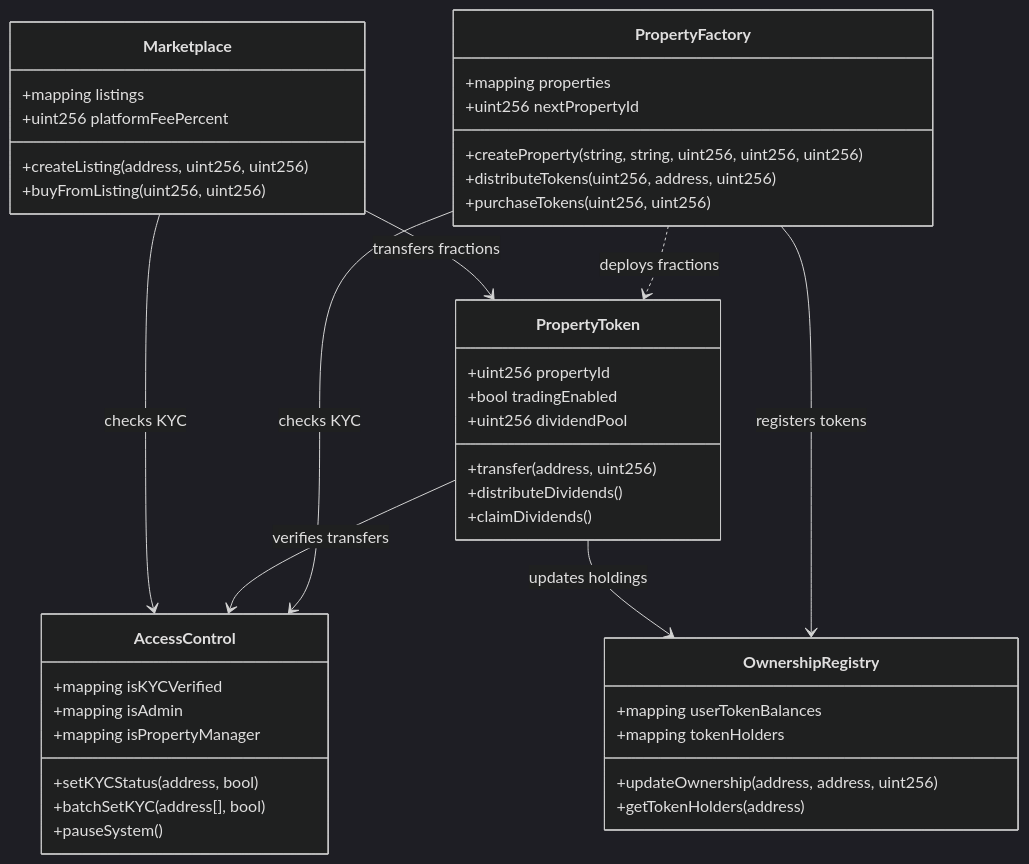
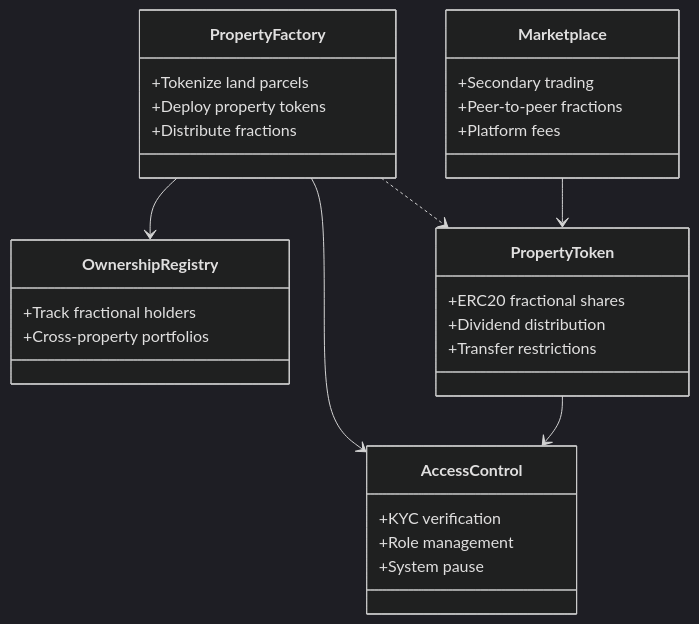
The second of 2 diagrams in README.md (welcomehome-intl/welcome-marketplace), drawn with Mermaid (dark theme) before and after one commit. The commit also changed other lines of this file, not shown here.

````diff
--- a/README.md
+++ b/README.md
@@ -485,50 +303,37 @@
 ```mermaid
 classDiagram
     class AccessControl {
-        +mapping isKYCVerified
-        +mapping isAdmin
-        +mapping isPropertyManager
-        +setKYCStatus(address, bool)
-        +batchSetKYC(address[], bool)
-        +pauseSystem()
+        +KYC verification
+        +Role management
+        +System pause
     }
 
     class OwnershipRegistry {
-        +mapping userTokenBalances
-        +mapping tokenHolders
-        +updateOwnership(address, address, uint256)
-        +getTokenHolders(address)
+        +Track fractional holders
+        +Cross-property portfolios
     }
 
     class PropertyFactory {
-        +mapping properties
-        +uint256 nextPropertyId
-        +createProperty(string, string, uint256, uint256, uint256)
-        +distributeTokens(uint256, address, uint256)
-        +purchaseTokens(uint256, uint256)
+        +Tokenize land parcels
+        +Deploy property tokens
+        +Distribute fractions
     }
 
     class PropertyToken {
-        +uint256 propertyId
-        +bool tradingEnabled
-        +uint256 dividendPool
-        +transfer(address, uint256)
-        +distributeDividends()
-        +claimDividends()
+        +ERC20 fractional shares
+        +Dividend distribution
+        +Transfer restrictions
     }
 
     class Marketplace {
-        +mapping listings
-        +uint256 platformFeePercent
-        +createListing(address, uint256, uint256)
-        +buyFromListing(uint256, uint256)
+        +Secondary trading
+        +Peer-to-peer fractions
+        +Platform fees
     }
 
-    PropertyFactory --> AccessControl : checks KYC
-    PropertyFactory --> OwnershipRegistry : registers tokens
-    PropertyFactory ..> PropertyToken : deploys fractions
-    PropertyToken --> AccessControl : verifies transfers
-    PropertyToken --> OwnershipRegistry : updates holdings
-    Marketplace --> AccessControl : checks KYC
-    Marketplace --> PropertyToken : transfers fractions
+    PropertyFactory --> AccessControl
+    PropertyFactory --> OwnershipRegistry
+    PropertyFactory ..> PropertyToken
+    PropertyToken --> AccessControl
+    Marketplace --> PropertyToken
 ```
````
